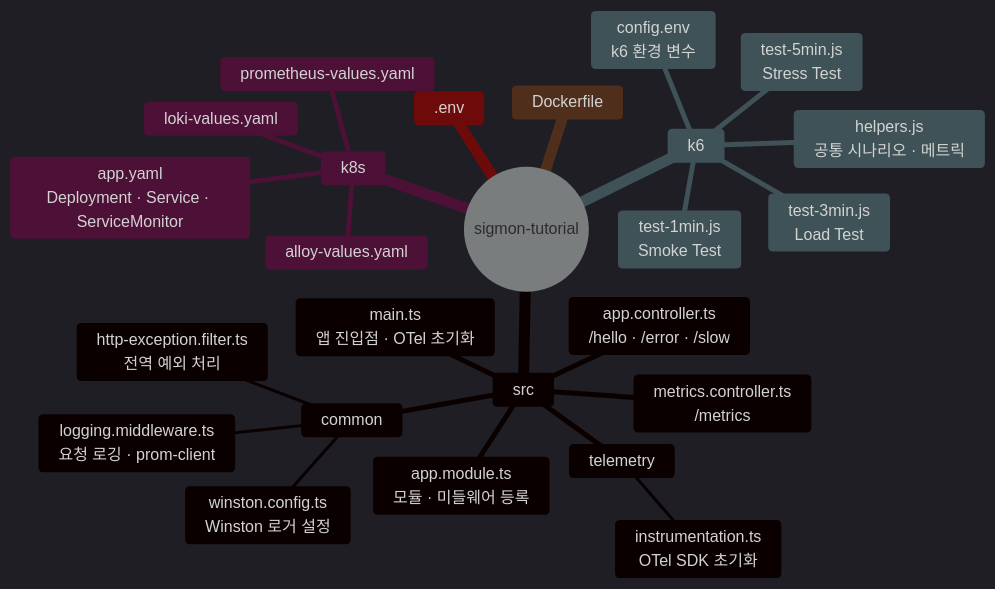
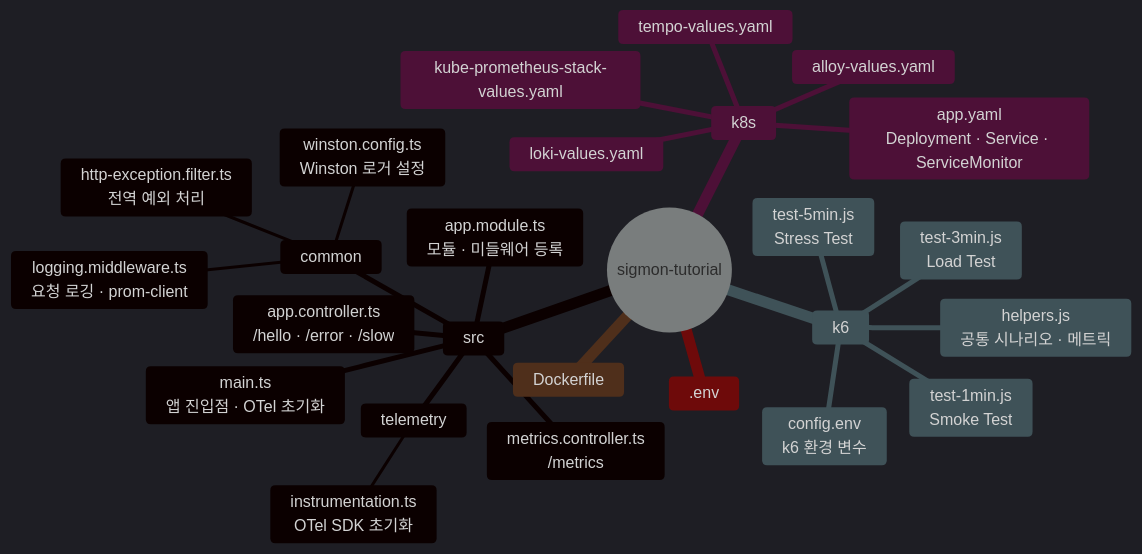
One commit to shhan-ops/sigmon-tutorial changed the second of 6 diagrams in README.md. Above: the diagram before and after it, drawn with Mermaid. The commit also changed other lines of this file, not shown here.

````diff
--- a/README.md
+++ b/README.md
@@ -59,29 +103,30 @@
 ```mermaid
 %%{init: {'theme': 'dark'}}%%
 mindmap
   root((sigmon-tutorial))
     src
       main.ts<br/>앱 진입점 · OTel 초기화
       app.module.ts<br/>모듈 · 미들웨어 등록
       app.controller.ts<br/>/hello · /error · /slow
       metrics.controller.ts<br/>/metrics
       common
         winston.config.ts<br/>Winston 로거 설정
         logging.middleware.ts<br/>요청 로깅 · prom-client
         http-exception.filter.ts<br/>전역 예외 처리
       telemetry
         instrumentation.ts<br/>OTel SDK 초기화
     k8s
       app.yaml<br/>Deployment · Service · ServiceMonitor
-      prometheus-values.yaml
+      kube-prometheus-stack-values.yaml
       loki-values.yaml
+      tempo-values.yaml
       alloy-values.yaml
     k6
       helpers.js<br/>공통 시나리오 · 메트릭
       test-1min.js<br/>Smoke Test
       test-3min.js<br/>Load Test
       test-5min.js<br/>Stress Test
       config.env<br/>k6 환경 변수
     Dockerfile
     .env
 ```
````
